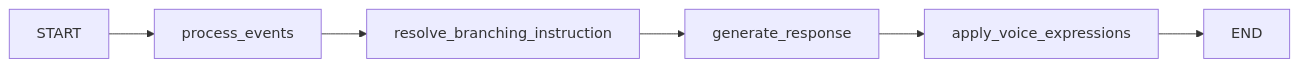
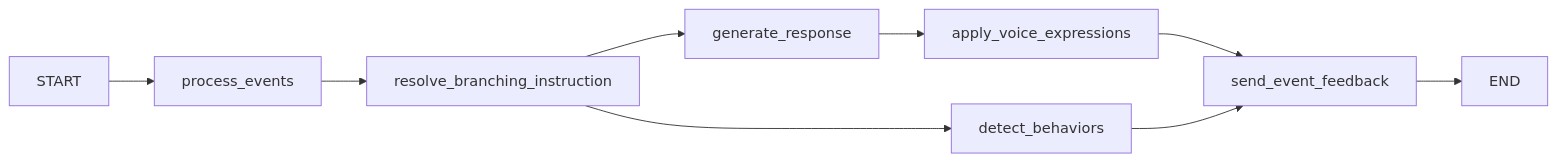
The first of 2 diagrams in docs/02-graph-pipeline.md (HelloAllyTech/ally-platform), drawn with Mermaid before and after one commit. The commit also changed other lines of this file and 9 other files, not shown here.

````diff
--- a/docs/02-graph-pipeline.md
+++ b/docs/02-graph-pipeline.md
@@ -11,8 +11,11 @@
 ```mermaid
 flowchart LR
     START --> process_events
     process_events --> resolve_branching_instruction
     resolve_branching_instruction --> generate_response
+    resolve_branching_instruction --> detect_behaviors
     generate_response --> apply_voice_expressions
-    apply_voice_expressions --> END
+    apply_voice_expressions --> send_event_feedback
+    detect_behaviors --> send_event_feedback
+    send_event_feedback --> END
 ```
````
